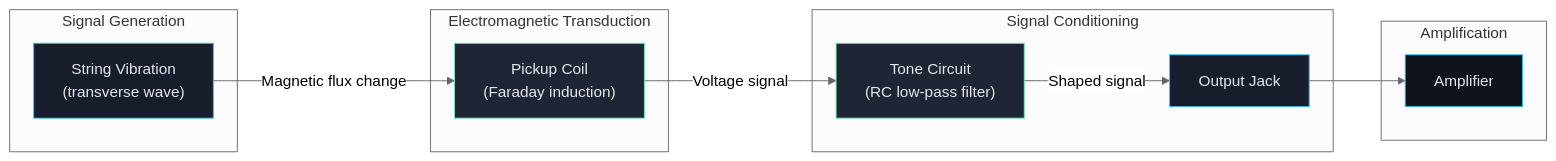
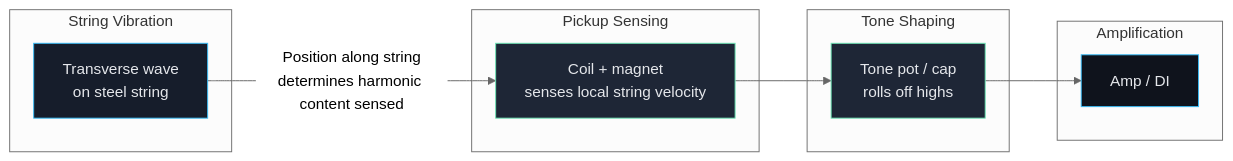
The first of 6 diagrams in topics/arts/music_performance/strings/labs.md (blebleblee/synapse), drawn with Mermaid (neutral theme) before and after one commit. The commit also changed other lines of this file and 4 other files, not shown here.

````diff
--- a/topics/arts/music_performance/strings/labs.md
+++ b/topics/arts/music_performance/strings/labs.md
@@ -247,27 +250,24 @@
 ```mermaid
 graph LR
-    subgraph sub_signal ["Signal Generation"]
-        A["String Vibration<br/>(transverse wave)"]
+    subgraph sub_signal ["String Vibration"]
+        A["Transverse wave<br/>on steel string"]
     end
-    subgraph sub_pickup ["Electromagnetic Transduction"]
-        B["Pickup Coil<br/>(Faraday induction)"]
+    subgraph sub_pickup ["Pickup Sensing"]
+        B["Coil + magnet<br/>senses local string velocity"]
     end
-    subgraph sub_shaping ["Signal Conditioning"]
-        C["Tone Circuit<br/>(RC low-pass filter)"]
-        D["Output Jack"]
+    subgraph sub_tone ["Tone Shaping"]
+        C["Tone pot / cap<br/>rolls off highs"]
     end
-    subgraph sub_amplification ["Amplification"]
-        E["Amplifier"]
+    subgraph sub_amp ["Amplification"]
+        D["Amp / DI"]
     end
-    
-    A -->|"Magnetic flux change"| B
-    B -->|"Voltage signal"| C
-    C -->|"Shaped signal"| D
-    D --> E
-    
+
+    A -->|"Position along string<br/>determines harmonic content sensed"| B
+    B --> C
+    C --> D
+
     style A fill:#161D2B,stroke:#38BDF8,color:#E5E7EB
     style B fill:#1E2636,stroke:#6EE7B7,color:#E5E7EB
     style C fill:#1E2636,stroke:#6EE7B7,color:#E5E7EB
-    style D fill:#161D2B,stroke:#38BDF8,color:#E5E7EB
-    style E fill:#0F131C,stroke:#38BDF8,color:#E5E7EB
+    style D fill:#0F131C,stroke:#38BDF8,color:#E5E7EB
 ```
````
